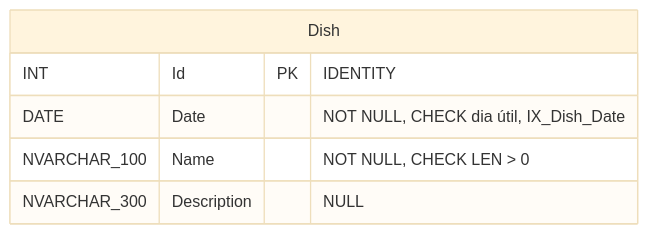
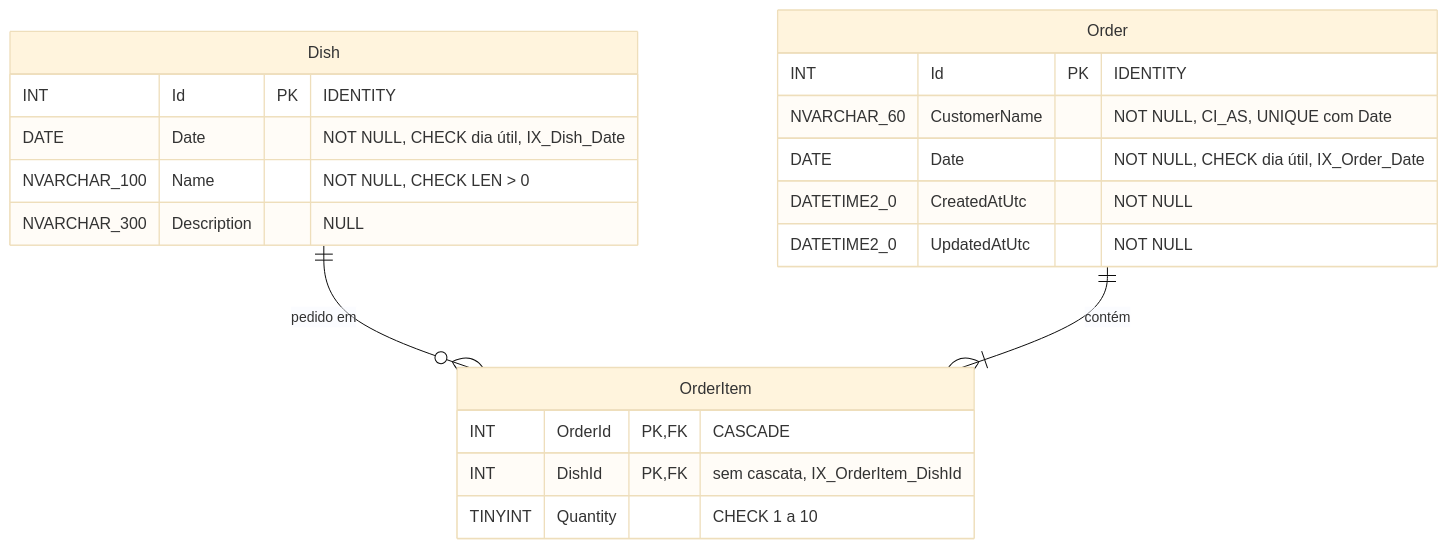
One commit to AngelMenezes/ForgeFeast changed the third of 3 diagrams in docs/architecture/overview.md. Above: the diagram before and after it, drawn with Mermaid (base theme). The commit also changed other lines of this file and 6 other files, not shown here.

````diff
--- a/docs/architecture/overview.md
+++ b/docs/architecture/overview.md
@@ -149,9 +163,23 @@
 ```mermaid
 erDiagram
+    Dish ||--o{ OrderItem : "pedido em"
+    Order ||--|{ OrderItem : contém
     Dish {
         INT Id PK "IDENTITY"
         DATE Date "NOT NULL, CHECK dia útil, IX_Dish_Date"
         NVARCHAR_100 Name "NOT NULL, CHECK LEN > 0"
         NVARCHAR_300 Description "NULL"
     }
+    Order {
+        INT Id PK "IDENTITY"
+        NVARCHAR_60 CustomerName "NOT NULL, CI_AS, UNIQUE com Date"
+        DATE Date "NOT NULL, CHECK dia útil, IX_Order_Date"
+        DATETIME2_0 CreatedAtUtc "NOT NULL"
+        DATETIME2_0 UpdatedAtUtc "NOT NULL"
+    }
+    OrderItem {
+        INT OrderId PK, FK "CASCADE"
+        INT DishId PK, FK "sem cascata, IX_OrderItem_DishId"
+        TINYINT Quantity "CHECK 1 a 10"
+    }
 ```
````
